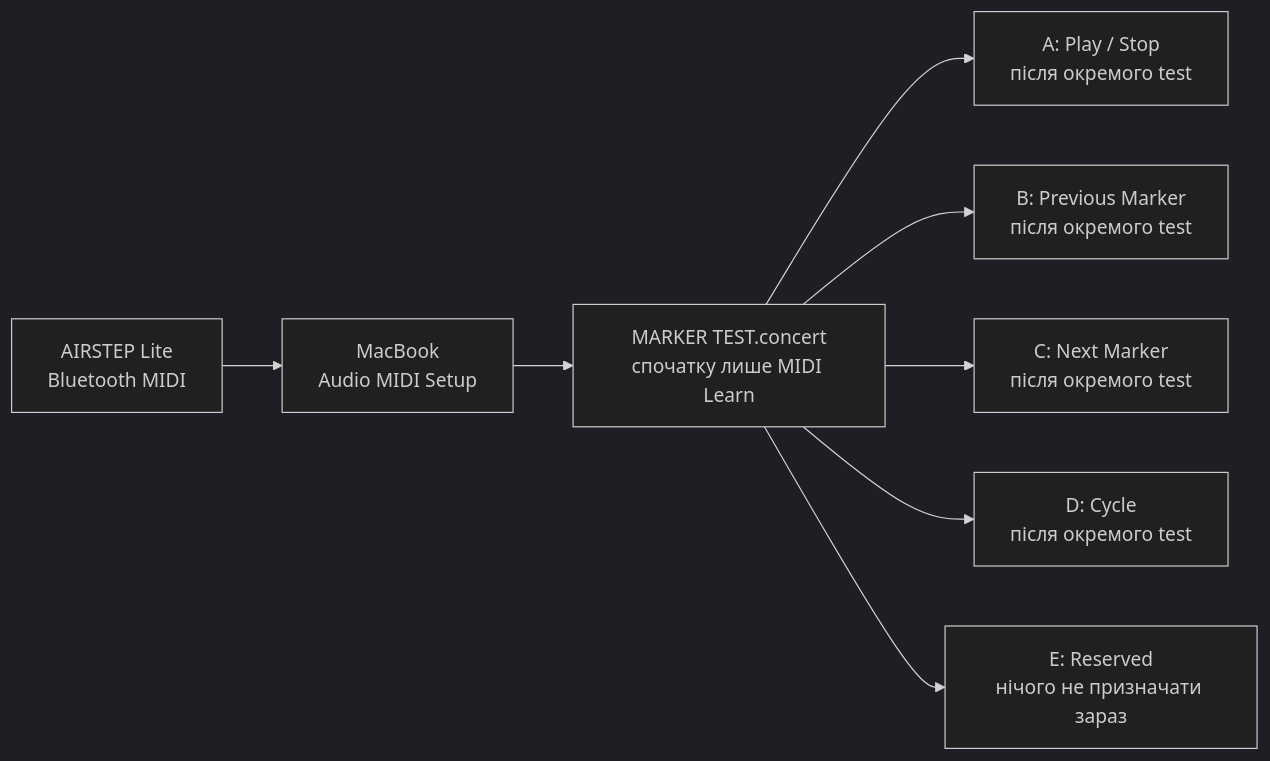
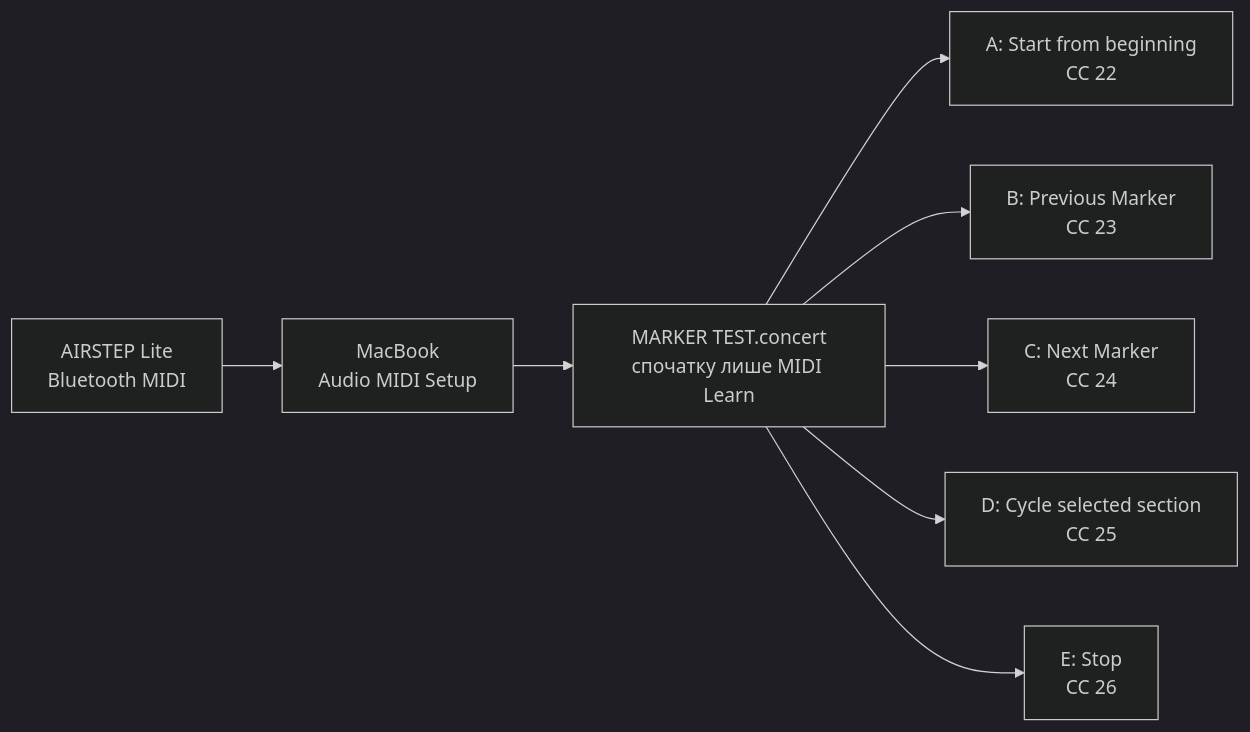
Before and after one commit to andmev/Concert: the diagram in docs/16-airstep-lite-mapping.md, drawn with Mermaid (dark theme). The commit also changed other lines of this file and 2 other files, not shown here.

````diff
--- a/docs/16-airstep-lite-mapping.md
+++ b/docs/16-airstep-lite-mapping.md
@@ -36,10 +40,10 @@
 ```mermaid
 flowchart LR
     Lite["AIRSTEP Lite\nBluetooth MIDI"] --> Mac["MacBook\nAudio MIDI Setup"]
     Mac --> Test["MARKER TEST.concert\nспочатку лише MIDI Learn"]
-    Test --> A["A: Play / Stop\nпісля окремого test"]
-    Test --> B["B: Previous Marker\nпісля окремого test"]
-    Test --> C["C: Next Marker\nпісля окремого test"]
-    Test --> D["D: Cycle\nпісля окремого test"]
-    Test --> E["E: Reserved\nнічого не призначати зараз"]
+    Test --> A["A: Start from beginning\nCC 22"]
+    Test --> B["B: Previous Marker\nCC 23"]
+    Test --> C["C: Next Marker\nCC 24"]
+    Test --> D["D: Cycle selected section\nCC 25"]
+    Test --> E["E: Stop\nCC 26"]
 ```
````
